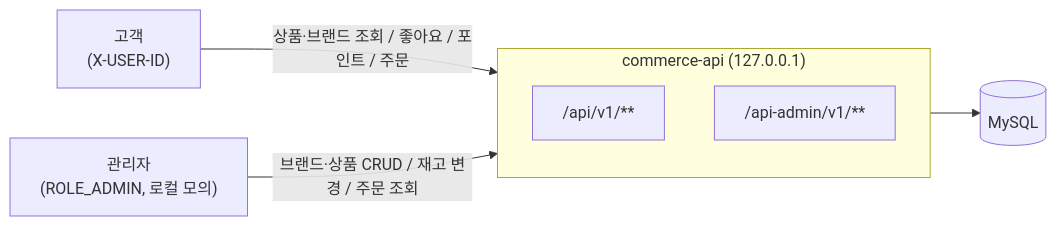
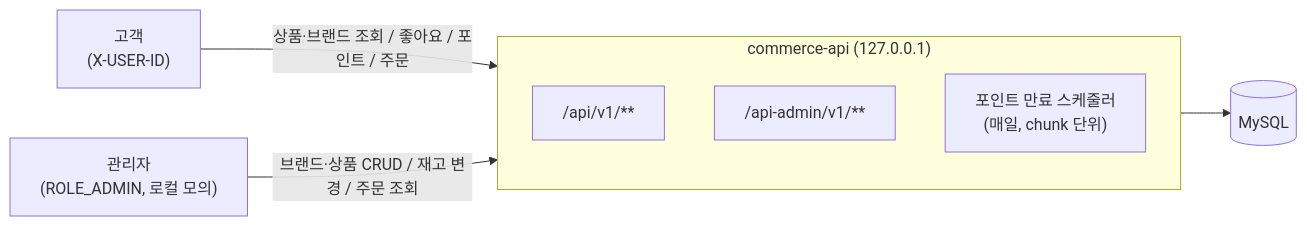
Before and after one commit to loopers-labs/loop-pack-be-l2-vol5-java: the first of 4 diagrams in docs/week2/design.md, drawn with Mermaid. The commit also changed other lines of this file, not shown here.

First line of the commit message:
docs: 설계 문서 v0.2 — AI 설계 리뷰 판정, 포인트 그룹 모델, 트랜잭션·오류 매핑·동시성 결정

````diff
--- a/docs/week2/design.md
+++ b/docs/week2/design.md
@@ -22,11 +23,12 @@
 ```mermaid
 flowchart LR
   C["고객<br/>(X-USER-ID)"] -- "상품·브랜드 조회 / 좋아요 / 포인트 / 주문" --> API
   A["관리자<br/>(ROLE_ADMIN, 로컬 모의)"] -- "브랜드·상품 CRUD / 재고 변경 / 주문 조회" --> API
   subgraph API["commerce-api (127.0.0.1)"]
     direction TB
     P1["/api/v1/**"]
     P2["/api-admin/v1/**"]
+    S["포인트 만료 스케줄러<br/>(매일, chunk 단위)"]
   end
   API --> DB[("MySQL")]
 ```
````
